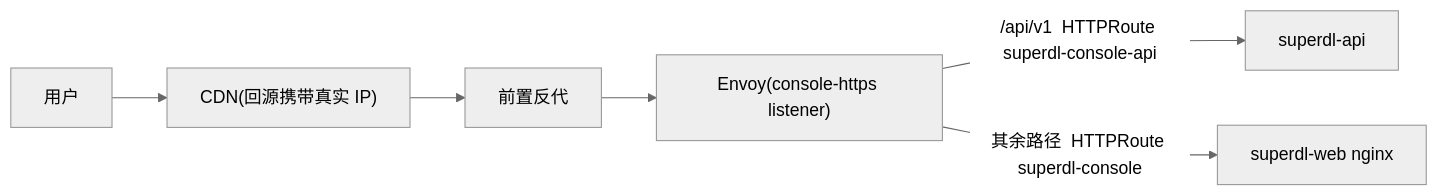
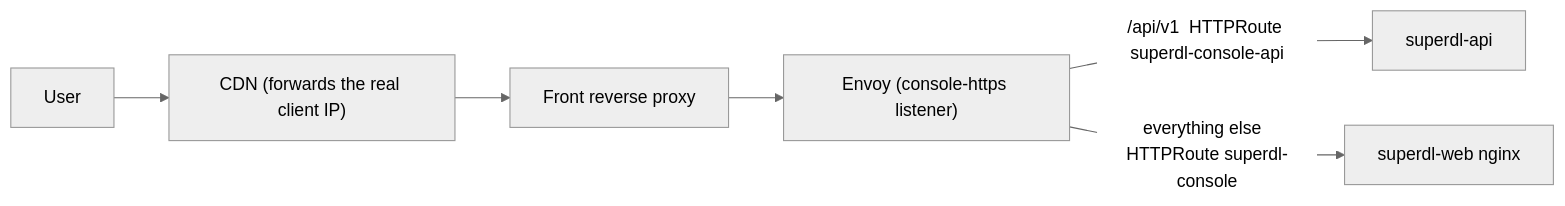
Before and after one commit to cgboy520/superdl: the second of 2 diagrams in docs/architecture.md, drawn with Mermaid (neutral theme). The commit also changed other lines of this file and 2 other files, not shown here.

First line of the commit message:
docs: English architecture.md and decisions.md (#38)

````diff
--- a/docs/architecture.md
+++ b/docs/architecture.md
@@ -99,8 +99,8 @@
 ```mermaid
 flowchart LR
-    U[用户] --> CDN["CDN(回源携带真实 IP)"]
-    CDN --> RP[前置反代]
-    RP --> ENVOY["Envoy(console-https listener)"]
+    U[User] --> CDN["CDN (forwards the real client IP)"]
+    CDN --> RP[Front reverse proxy]
+    RP --> ENVOY["Envoy (console-https listener)"]
     ENVOY -- "/api/v1  HTTPRoute superdl-console-api" --> API[superdl-api]
-    ENVOY -- "其余路径  HTTPRoute superdl-console" --> WEB[superdl-web nginx]
+    ENVOY -- "everything else  HTTPRoute superdl-console" --> WEB[superdl-web nginx]
 ```
````
